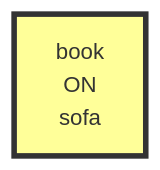
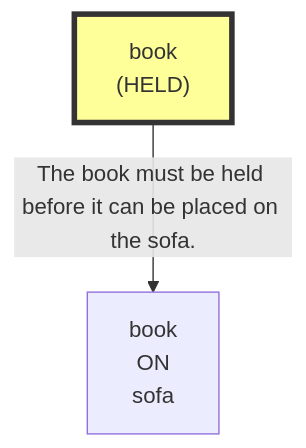
The fourth of 14 diagrams in evaluation/results/table2/robostate/non_stationarity/high/E_DYN_G03_S3_high/run_E_DYN_G03_S3_high.md (scuama/virtualhome), drawn with Mermaid before and after one commit. The commit also changed other lines of this file and 108 other files, not shown here.

````diff
--- a/evaluation/results/table2/robostate/non_stationarity/high/E_DYN_G03_S3_high/run_E_DYN_G03_S3_high.md
+++ b/evaluation/results/table2/robostate/non_stationarity/high/E_DYN_G03_S3_high/run_E_DYN_G03_S3_high.md
@@ -222,5 +223,7 @@
 ```mermaid
 graph TD
     N1["book<br>ON<br>sofa"]
-    style N1 fill:#ff9,stroke:#333,stroke-width:4px
+    N2["book<br>(HELD)"]
+    style N2 fill:#ff9,stroke:#333,stroke-width:4px
+    N2 -->|"The book must be held before it can be placed on the sofa."| N1
 ```
````
